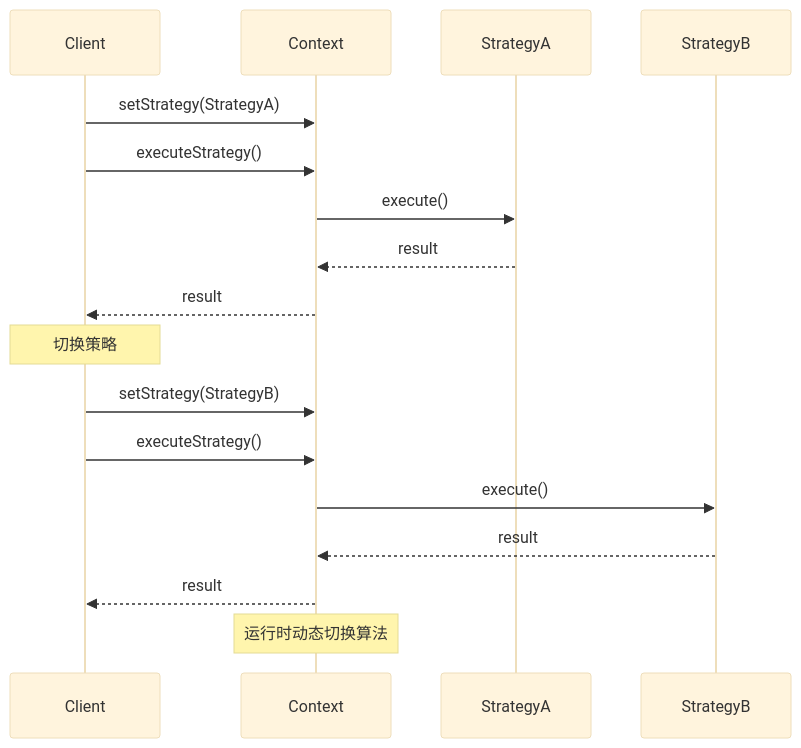
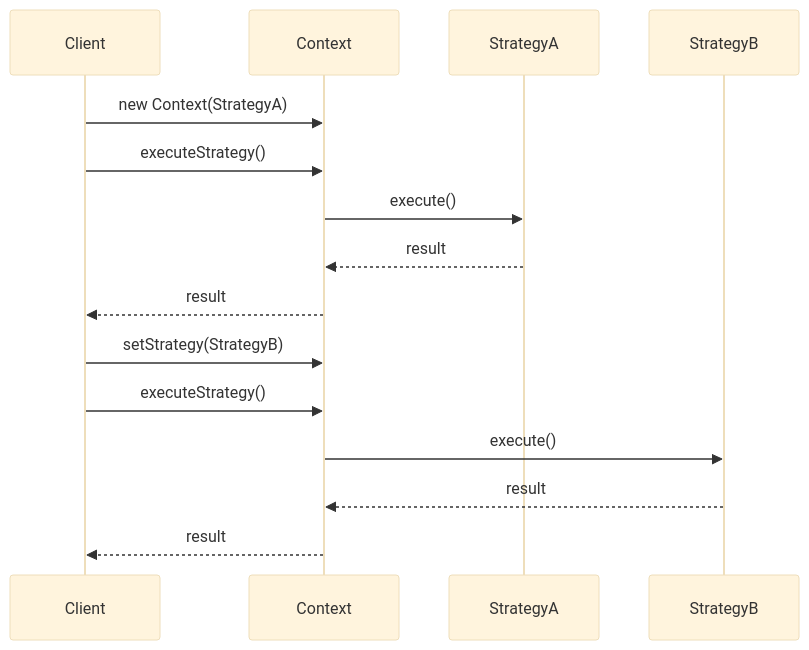
The second of 2 diagrams in resources/design-patterns/laravel/behavioral/strategy_zh.md (fanly/DesignPattern), drawn with Mermaid (base theme) before and after one commit. The commit also changed other lines of this file and 103 other files, not shown here.

````diff
--- a/resources/design-patterns/laravel/behavioral/strategy_zh.md
+++ b/resources/design-patterns/laravel/behavioral/strategy_zh.md
@@ -94,22 +861,19 @@
 ```mermaid
 sequenceDiagram
     participant Client
     participant Context
     participant StrategyA
     participant StrategyB
     
-    Client->>Context: setStrategy(StrategyA)
+    Client->>Context: new Context(StrategyA)
     Client->>Context: executeStrategy()
     Context->>StrategyA: execute()
     StrategyA-->>Context: result
     Context-->>Client: result
     
-    Note over Client: 切换策略
     Client->>Context: setStrategy(StrategyB)
     Client->>Context: executeStrategy()
     Context->>StrategyB: execute()
     StrategyB-->>Context: result
     Context-->>Client: result
-    
-    Note over Context: 运行时动态切换算法
 ```
````
